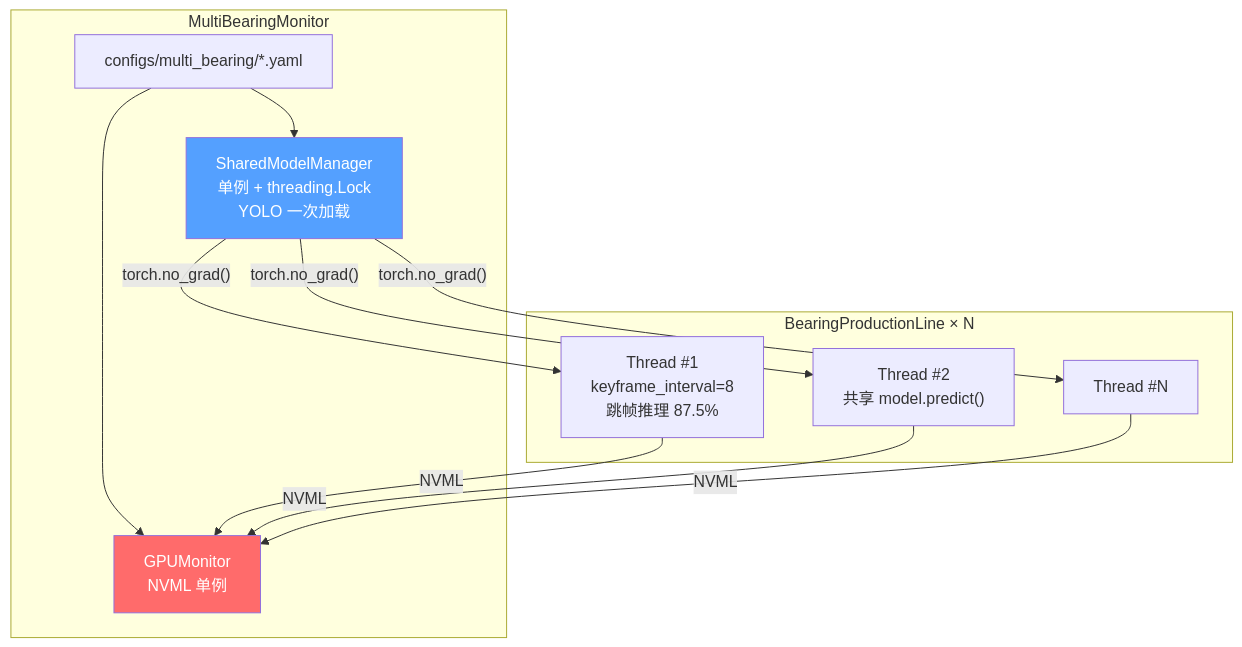
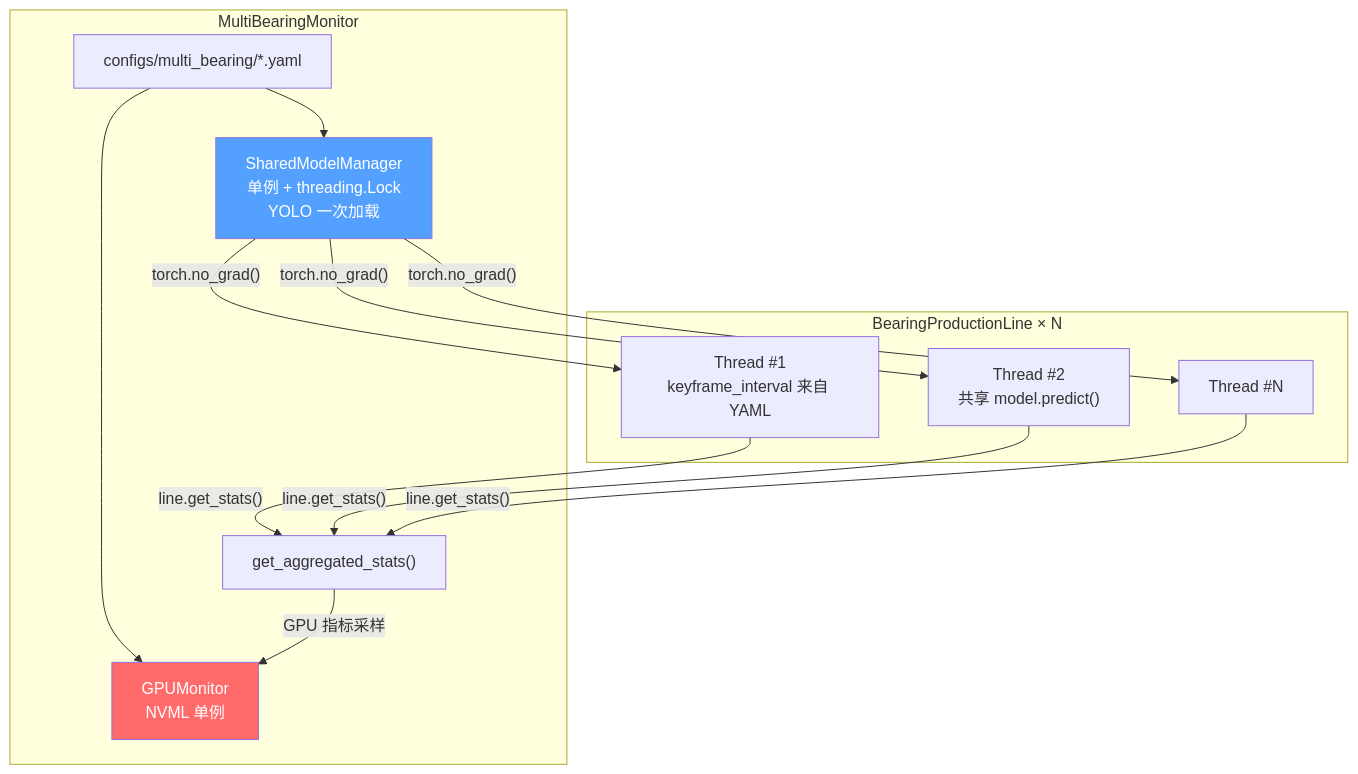
One commit to 2549227674/vlm-sam-industrial-vision changed the fourth of 4 diagrams in README.md. Above: the diagram before and after it, drawn with Mermaid. The commit also changed other lines of this file, not shown here.

Commit message:
docs(readme): fix structure accuracy and mermaid architecture maps

````diff
--- a/README.md
+++ b/README.md
@@ -229,22 +265,24 @@
 ```mermaid
 flowchart TD
     subgraph "MultiBearingMonitor"
         YAML["configs/multi_bearing/*.yaml"]
         SMM["SharedModelManager<br/>单例 + threading.Lock<br/>YOLO 一次加载"]
         GPU["GPUMonitor<br/>NVML 单例"]
+        AGG["get_aggregated_stats()"]
     end
 
     YAML --> SMM & GPU
 
     subgraph "BearingProductionLine × N"
-        L1["Thread #1<br/>keyframe_interval=8<br/>跳帧推理 87.5%"]
+        L1["Thread #1<br/>keyframe_interval 来自 YAML"]
         L2["Thread #2<br/>共享 model.predict()"]
         LN["Thread #N"]
     end
 
     SMM -->|"torch.no_grad()"| L1 & L2 & LN
-    L1 & L2 & LN -->|"NVML"| GPU
+    L1 & L2 & LN -->|"line.get_stats()"| AGG
+    AGG -->|"GPU 指标采样"| GPU
 
     style SMM fill:#54a0ff,color:#fff
     style GPU fill:#ff6b6b,color:#fff
 ```
````
